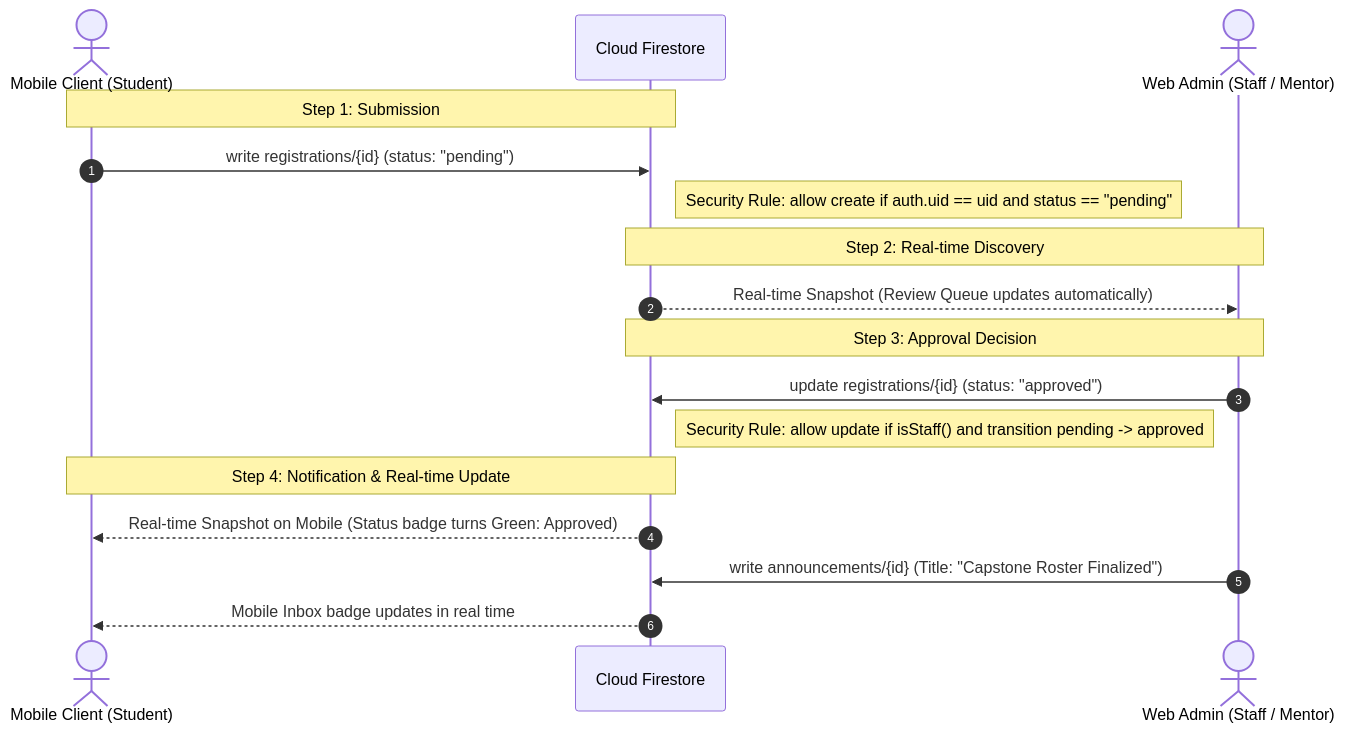
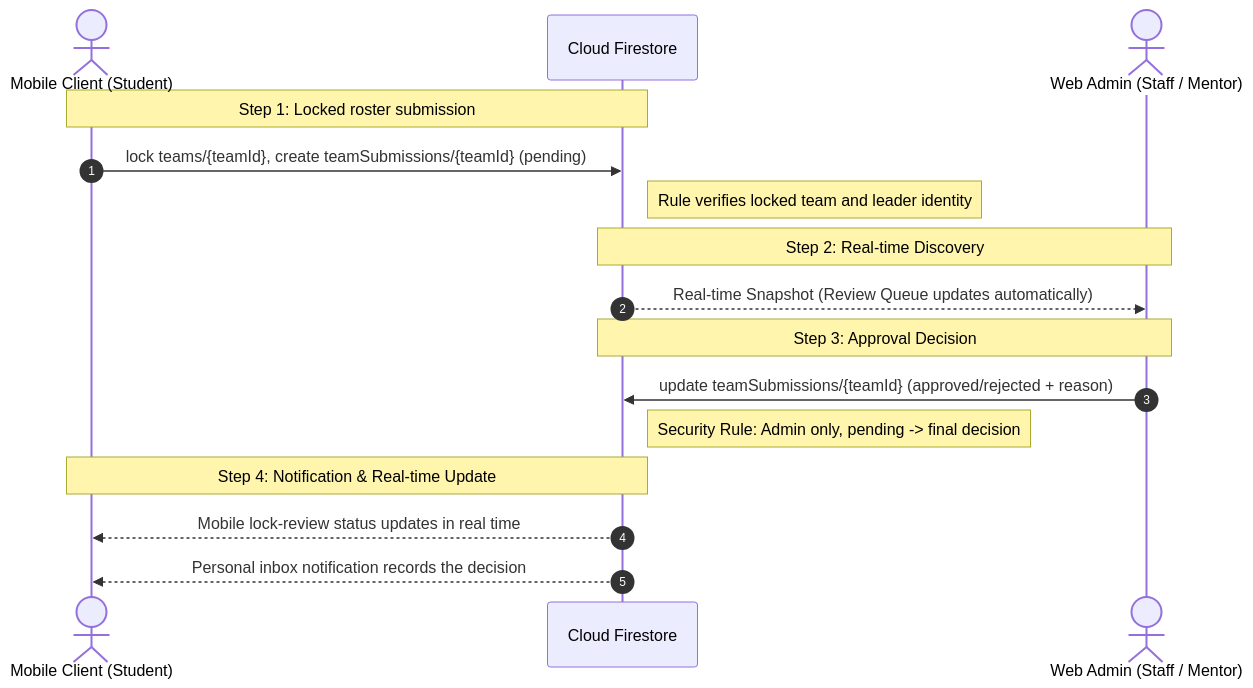
Before and after one commit to DEVORGANIZE222/PRM393_Final: the diagram in docs/cross-role-flow.md, drawn with Mermaid. The commit also changed 16 other files, not shown here.

````diff
--- a/docs/cross-role-flow.md
+++ b/docs/cross-role-flow.md
@@ -8,23 +8,22 @@
 ```mermaid
 sequenceDiagram
   autonumber
   actor Student as Mobile Client (Student)
   participant FS as Cloud Firestore
   actor Staff as Web Admin (Staff / Mentor)
 
-  Note over Student,FS: Step 1: Submission
-  Student->>FS: write registrations/{id} (status: "pending")
-  Note right of FS: Security Rule: allow create if auth.uid == uid and status == "pending"
+  Note over Student,FS: Step 1: Locked roster submission
+  Student->>FS: lock teams/{teamId}, create teamSubmissions/{teamId} (pending)
+  Note right of FS: Rule verifies locked team and leader identity
   
   Note over FS,Staff: Step 2: Real-time Discovery
   FS-->>Staff: Real-time Snapshot (Review Queue updates automatically)
   
   Note over Staff,FS: Step 3: Approval Decision
-  Staff->>FS: update registrations/{id} (status: "approved")
-  Note right of FS: Security Rule: allow update if isStaff() and transition pending -> approved
+  Staff->>FS: update teamSubmissions/{teamId} (approved/rejected + reason)
+  Note right of FS: Security Rule: Admin only, pending -> final decision
   
   Note over FS,Student: Step 4: Notification & Real-time Update
-  FS-->>Student: Real-time Snapshot on Mobile (Status badge turns Green: Approved)
-  Staff->>FS: write announcements/{id} (Title: "Capstone Roster Finalized")
-  FS-->>Student: Mobile Inbox badge updates in real time
+  FS-->>Student: Mobile lock-review status updates in real time
+  FS-->>Student: Personal inbox notification records the decision
 ```
````
